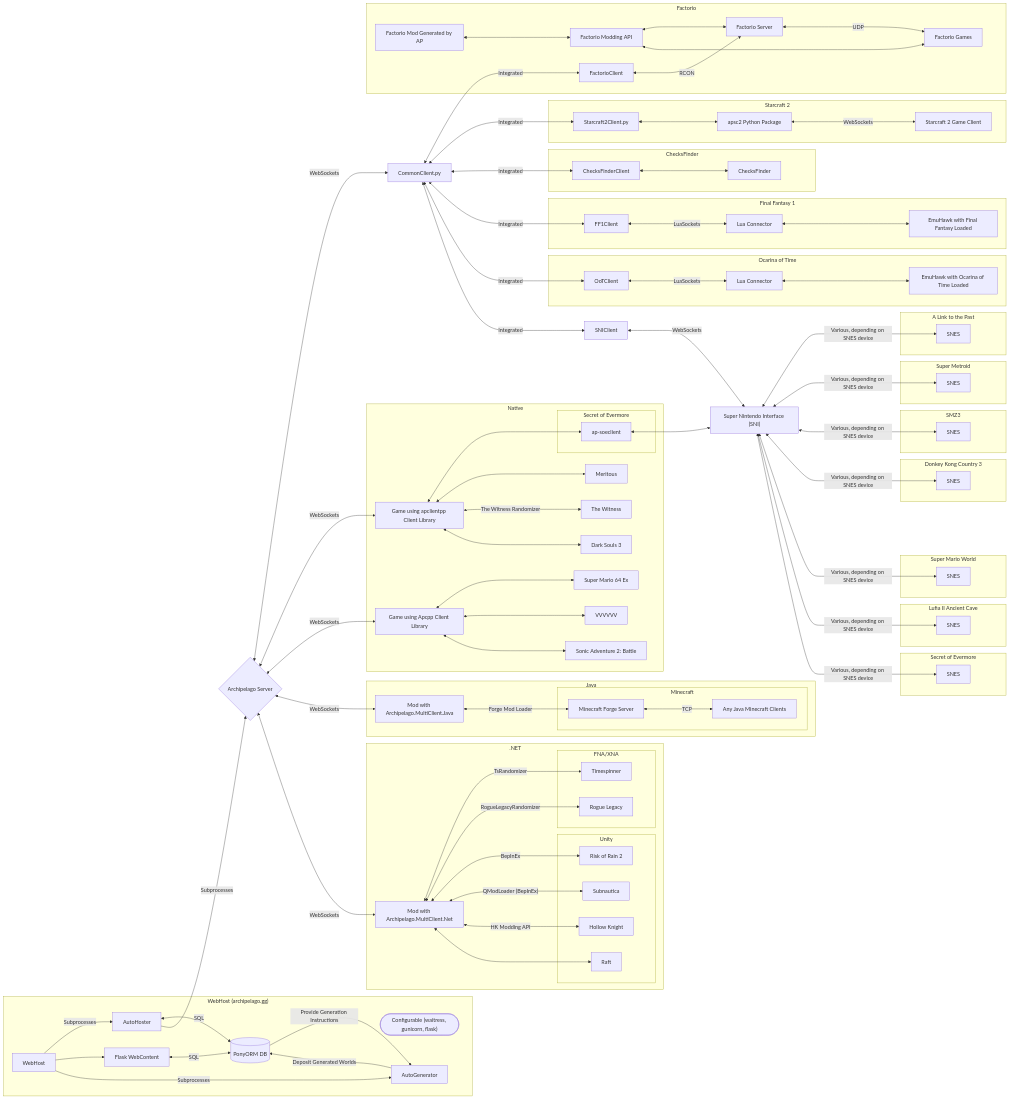
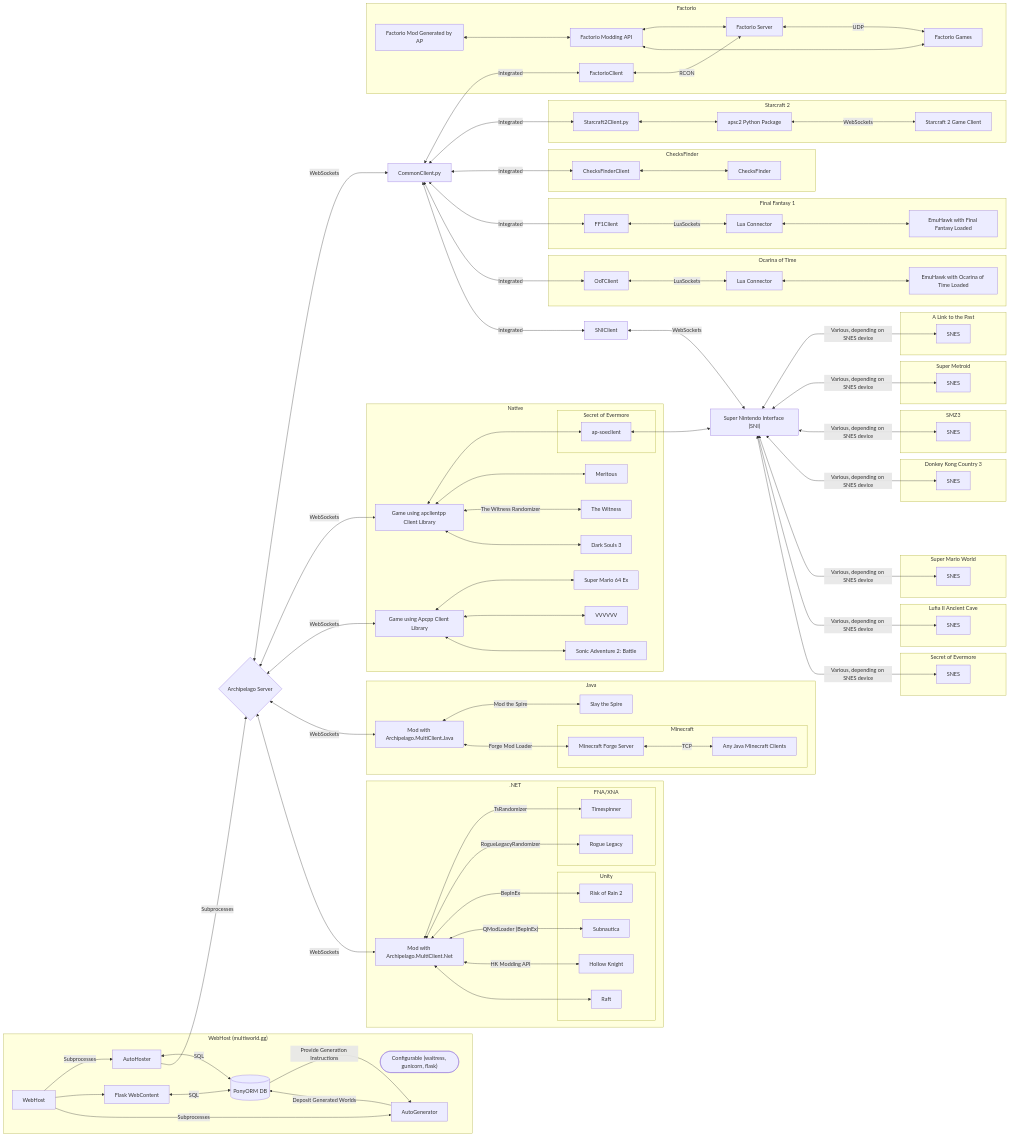
Before and after one commit to lallaria/MultiworldGG: the diagram in docs/network diagram/network diagram.md, drawn with Mermaid. The commit also changed 3367 other files, not shown here.

```diff
--- a/docs/network diagram/network diagram.md
+++ b/docs/network diagram/network diagram.md
@@ -117,6 +117,8 @@
     %% Java Based Games
     subgraph Java
         JM[Mod with Archipelago.MultiClient.Java]
+        STS[Slay the Spire]
+        JM <-- Mod the Spire --> STS
         subgraph Minecraft
             MCS[Minecraft Forge Server]
             JMC[Any Java Minecraft Clients]
@@ -149,7 +151,7 @@
     AS <-- WebSockets --> NM
 
     %% Archipelago WebHost
-    subgraph "WebHost (archipelago.gg)"
+    subgraph "WebHost (multiworld.gg)"
         WHNOTE(["Configurable (waitress, gunicorn, flask)"])
         AH[AutoHoster] 
         PDB[(PonyORM DB)]
```
